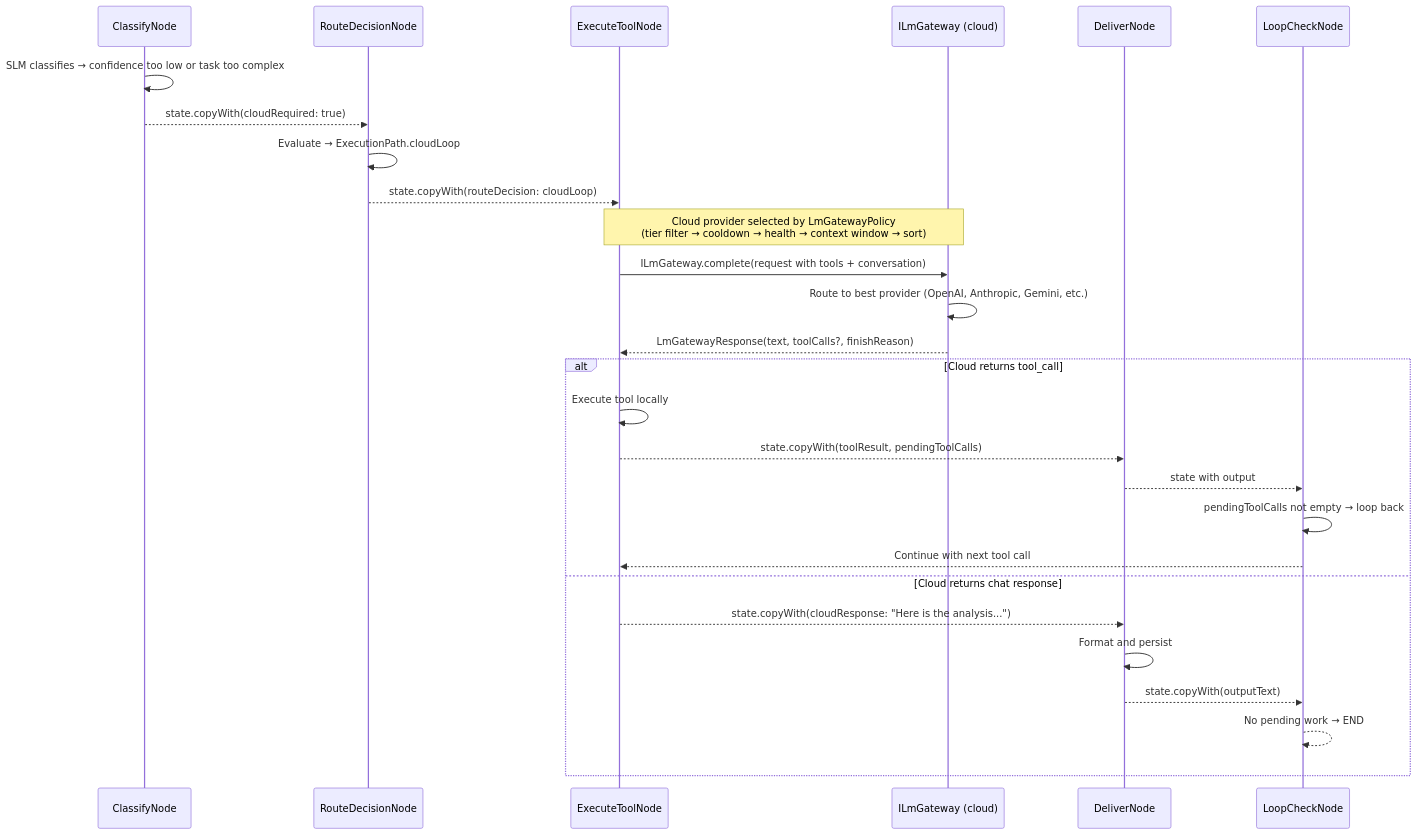
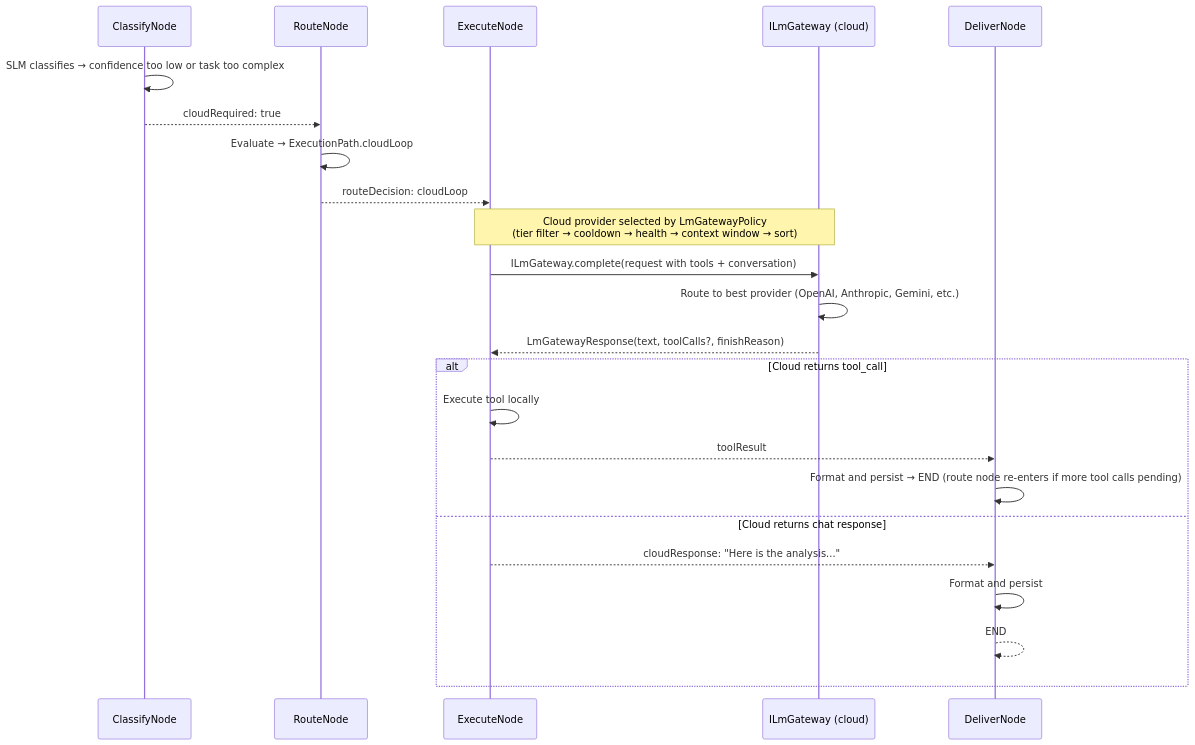
One commit to schatt-qwr/humbl-doc changed the fourth of 5 diagrams in docs/architecture/data-flow.md. Above: the diagram before and after it, drawn with Mermaid. The commit also changed other lines of this file and 15 other files, not shown here.

````diff
--- a/docs/architecture/data-flow.md
+++ b/docs/architecture/data-flow.md
@@ -291,34 +274,30 @@
 ```mermaid
 sequenceDiagram
     participant CL as ClassifyNode
-    participant RD as RouteDecisionNode
-    participant ET as ExecuteToolNode
+    participant RT as RouteNode
+    participant ET as ExecuteNode
     participant GW as ILmGateway (cloud)
     participant DL as DeliverNode
-    participant LC as LoopCheckNode
 
     CL->>CL: SLM classifies → confidence too low or task too complex
-    CL-->>RD: state.copyWith(cloudRequired: true)
+    CL-->>RT: cloudRequired: true
 
-    RD->>RD: Evaluate → ExecutionPath.cloudLoop
-    RD-->>ET: state.copyWith(routeDecision: cloudLoop)
+    RT->>RT: Evaluate → ExecutionPath.cloudLoop
+    RT-->>ET: routeDecision: cloudLoop
 
     Note over ET,GW: Cloud provider selected by LmGatewayPolicy<br/>(tier filter → cooldown → health → context window → sort)
 
     ET->>GW: ILmGateway.complete(request with tools + conversation)
     GW->>GW: Route to best provider (OpenAI, Anthropic, Gemini, etc.)
     GW-->>ET: LmGatewayResponse(text, toolCalls?, finishReason)
 
     alt Cloud returns tool_call
         ET->>ET: Execute tool locally
-        ET-->>DL: state.copyWith(toolResult, pendingToolCalls)
-        DL-->>LC: state with output
-        LC->>LC: pendingToolCalls not empty → loop back
-        LC-->>ET: Continue with next tool call
+        ET-->>DL: toolResult
+        DL->>DL: Format and persist → END (route node re-enters if more tool calls pending)
     else Cloud returns chat response
-        ET-->>DL: state.copyWith(cloudResponse: "Here is the analysis...")
+        ET-->>DL: cloudResponse: "Here is the analysis..."
         DL->>DL: Format and persist
-        DL-->>LC: state.copyWith(outputText)
-        LC-->>LC: No pending work → END
+        DL-->>DL: END
     end
 ```
````
